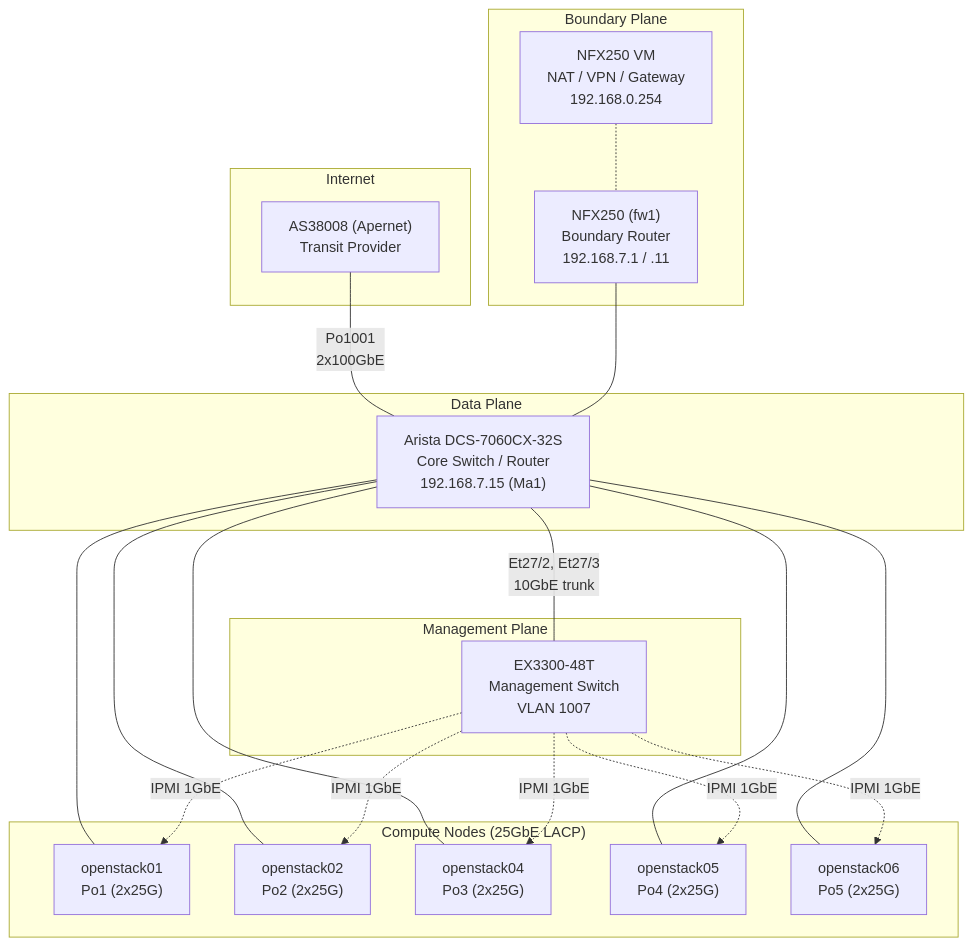
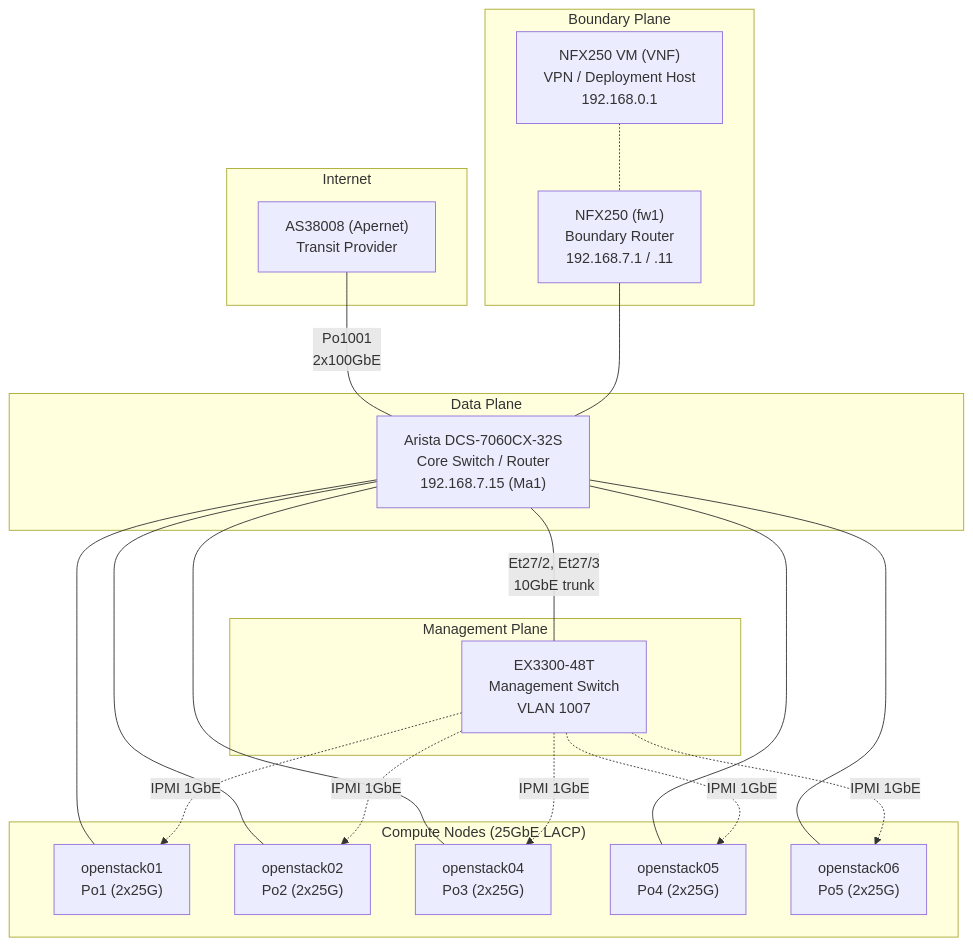
One commit to cloud-native-taiwan/Infra-Labs-Docs changed the diagram in docs/architecture/network/index.md. Above: the diagram before and after it, drawn with Mermaid. The commit also changed other lines of this file and 3 other files, not shown here.

````diff
--- a/docs/architecture/network/index.md
+++ b/docs/architecture/network/index.md
@@ -53,45 +56,45 @@
 ```mermaid
 graph TB
     subgraph Internet
         AS38008["AS38008 (Apernet)<br/>Transit Provider"]
     end
 
     subgraph Boundary["Boundary Plane"]
         NFX1["NFX250 (fw1)<br/>Boundary Router<br/>192.168.7.1 / .11"]
-        NFXVM["NFX250 VM<br/>NAT / VPN / Gateway<br/>192.168.0.254"]
+        NFXVM["NFX250 VM (VNF)<br/>VPN / Deployment Host<br/>192.168.0.1"]
     end
 
     subgraph DataPlane["Data Plane"]
         Arista["Arista DCS-7060CX-32S<br/>Core Switch / Router<br/>192.168.7.15 (Ma1)"]
     end
 
     subgraph MgmtPlane["Management Plane"]
         EX3300["EX3300-48T<br/>Management Switch<br/>VLAN 1007"]
     end
 
     subgraph Compute["Compute Nodes (25GbE LACP)"]
         OS01["openstack01<br/>Po1 (2x25G)"]
         OS02["openstack02<br/>Po2 (2x25G)"]
         OS04["openstack04<br/>Po3 (2x25G)"]
         OS05["openstack05<br/>Po4 (2x25G)"]
         OS06["openstack06<br/>Po5 (2x25G)"]
     end
 
     AS38008 --- |"Po1001<br/>2x100GbE"| Arista
     NFX1 --- Arista
     NFXVM -.- NFX1
 
     Arista --- |"Et27/2, Et27/3<br/>10GbE trunk"| EX3300
 
     Arista --- OS01
     Arista --- OS02
     Arista --- OS04
     Arista --- OS05
     Arista --- OS06
 
     EX3300 -. "IPMI 1GbE" .-> OS01
     EX3300 -. "IPMI 1GbE" .-> OS02
     EX3300 -. "IPMI 1GbE" .-> OS04
     EX3300 -. "IPMI 1GbE" .-> OS05
     EX3300 -. "IPMI 1GbE" .-> OS06
 ```
````
